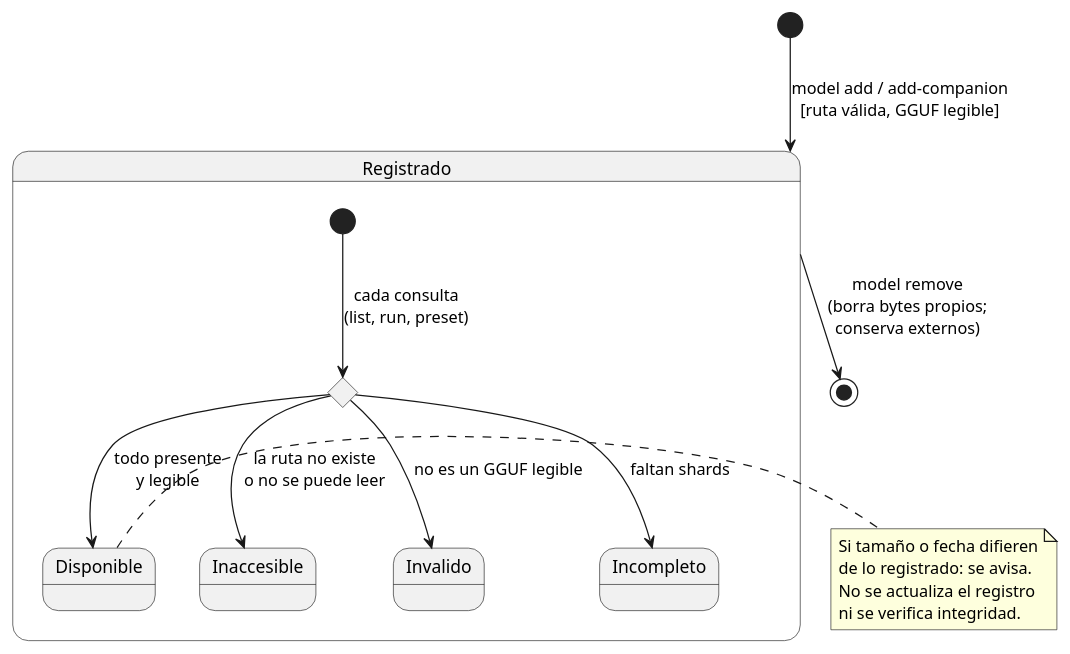
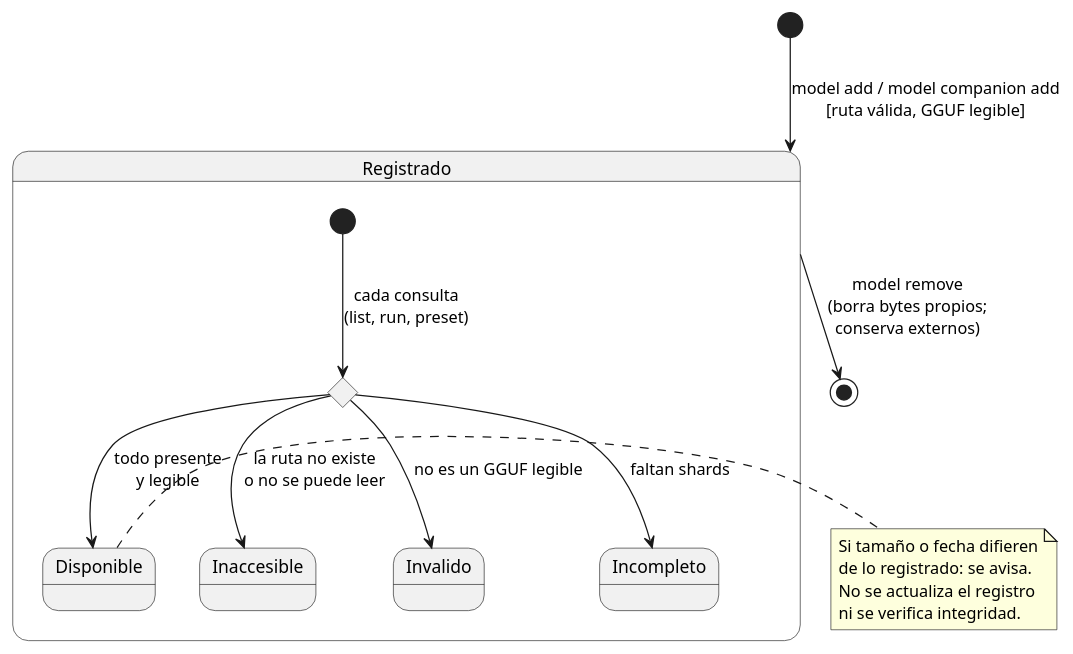
The third of 4 diagrams in docs/estados.md (mstranich/coquena), drawn with PlantUML before and after one commit. The commit also changed 5 other files, not shown here.

````diff
--- a/docs/estados.md
+++ b/docs/estados.md
@@ -58,23 +58,23 @@
 ```plantuml
 @startuml
-[*] --> Registrado : model add / add-companion\n[ruta válida, GGUF legible]
+[*] --> Registrado : model add / model companion add\n[ruta válida, GGUF legible]
 
 state Registrado {
   state q <<choice>>
   [*] --> q : cada consulta\n(list, run, preset)
   q --> Inaccesible : la ruta no existe\no no se puede leer
   q --> Invalido : no es un GGUF legible
   q --> Incompleto : faltan shards
   q --> Disponible : todo presente\ny legible
 }
 
 Registrado --> [*] : model remove\n(borra bytes propios;\nconserva externos)
 
 note right of Disponible
   Si tamaño o fecha difieren
   de lo registrado: se avisa.
   No se actualiza el registro
   ni se verifica integridad.
 end note
 @enduml
 ```
````
